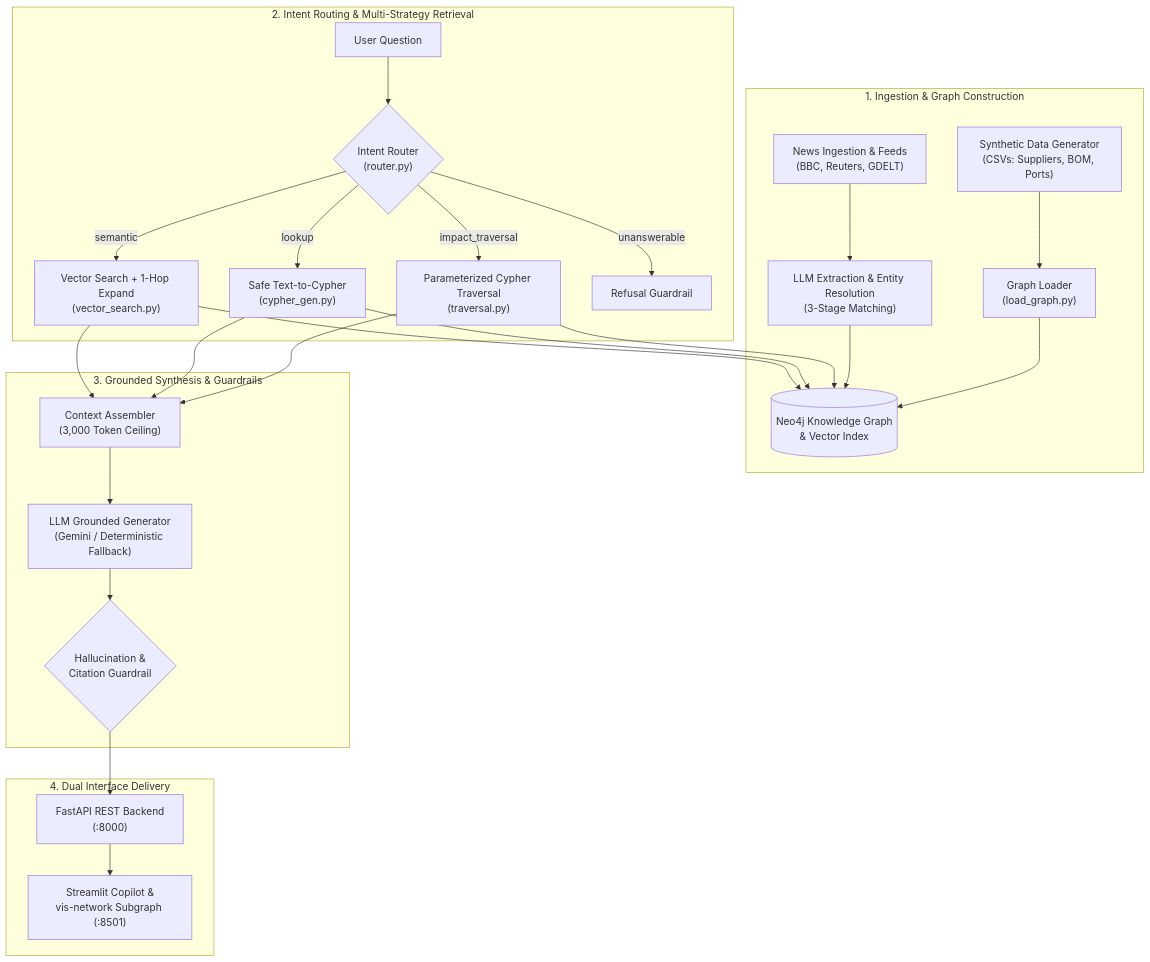
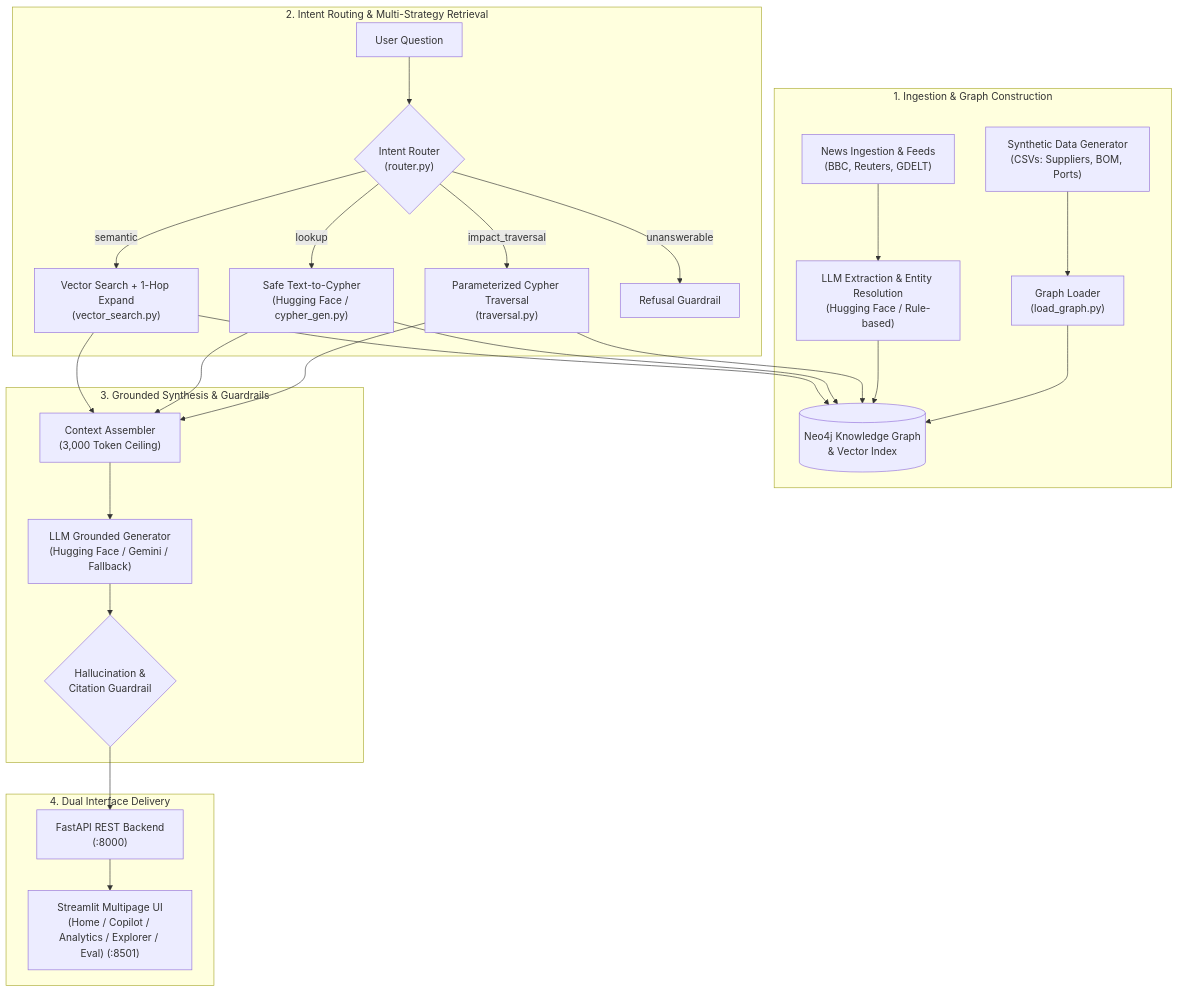
One commit to dev-ayush-17/ChainSight changed the diagram in README.md. Above: the diagram before and after it, drawn with Mermaid. The commit also changed other lines of this file and 6 other files, not shown here.

Commit message:
docs: update README with Next.js launch instructions, architecture diagrams, and full-resolution visual showcase

````diff
--- a/README.md
+++ b/README.md
@@ -44,31 +102,31 @@
 ```mermaid
 flowchart TD
     subgraph INGESTION ["1. Ingestion & Graph Construction"]
         SYN["Synthetic Data Generator<br>(CSVs: Suppliers, BOM, Ports)"] --> LG["Graph Loader<br>(load_graph.py)"]
-        NEWS["News Ingestion & Feeds<br>(BBC, Reuters, GDELT)"] --> EXT["LLM Extraction & Entity Resolution<br>(3-Stage Matching)"]
+        NEWS["News Ingestion & Feeds<br>(BBC, Reuters, GDELT)"] --> EXT["LLM Extraction & Entity Resolution<br>(Hugging Face / Rule-based)"]
         LG --> NEO[("Neo4j Knowledge Graph<br>& Vector Index")]
         EXT --> NEO
     end
 
     subgraph RETRIEVAL ["2. Intent Routing & Multi-Strategy Retrieval"]
         Q["User Question"] --> ROUTER{"Intent Router<br>(router.py)"}
         ROUTER -->|"impact_traversal"| TRAV["Parameterized Cypher Traversal<br>(traversal.py)"]
-        ROUTER -->|"lookup"| CYPHER["Safe Text-to-Cypher<br>(cypher_gen.py)"]
+        ROUTER -->|"lookup"| CYPHER["Safe Text-to-Cypher<br>(Hugging Face / cypher_gen.py)"]
         ROUTER -->|"semantic"| VEC["Vector Search + 1-Hop Expand<br>(vector_search.py)"]
         ROUTER -->|"unanswerable"| REFUSE["Refusal Guardrail"]
         TRAV --> NEO
         CYPHER --> NEO
         VEC --> NEO
     end
 
     subgraph GENERATION ["3. Grounded Synthesis & Guardrails"]
         TRAV & CYPHER & VEC --> ASSEMBLE["Context Assembler<br>(3,000 Token Ceiling)"]
-        ASSEMBLE --> GEN["LLM Grounded Generator<br>(Gemini / Deterministic Fallback)"]
+        ASSEMBLE --> GEN["LLM Grounded Generator<br>(Hugging Face / Gemini / Fallback)"]
         GEN --> GUARD{"Hallucination &<br>Citation Guardrail"}
     end
 
     subgraph INTERFACE ["4. Dual Interface Delivery"]
         GUARD --> API["FastAPI REST Backend<br>(:8000)"]
-        API --> UI["Streamlit Copilot &<br>vis-network Subgraph (:8501)"]
+        API --> UI["Streamlit Multipage UI<br>(Home / Copilot / Analytics / Explorer / Eval) (:8501)"]
     end
 ```
````
